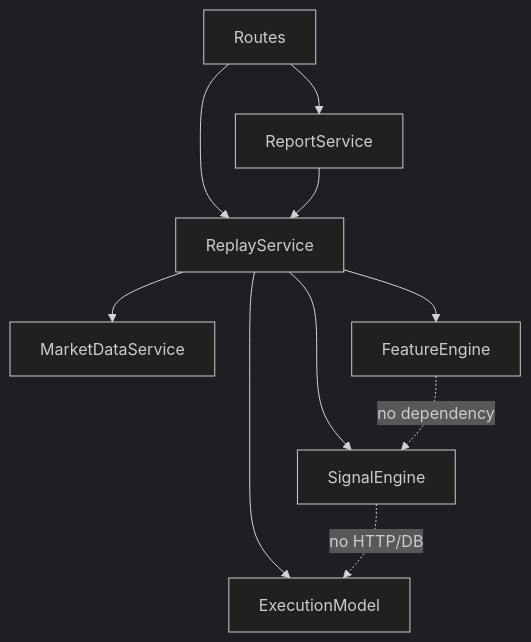
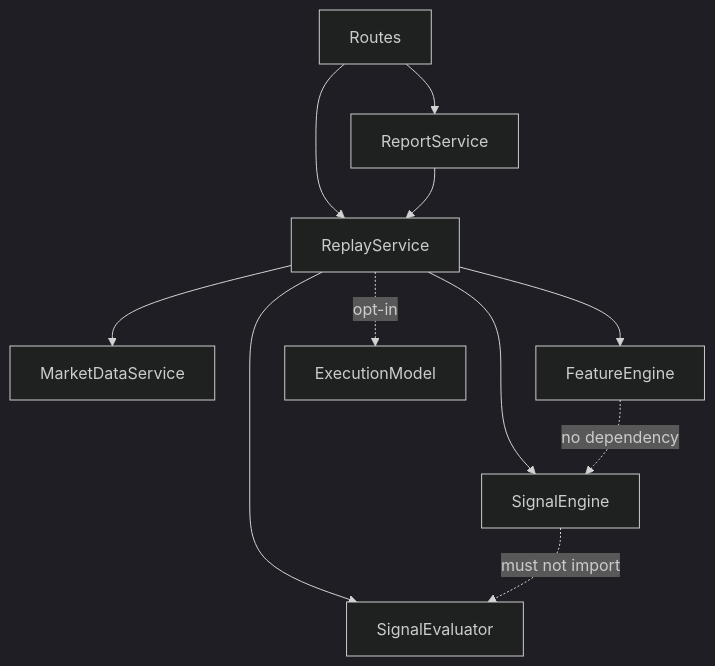
Before and after one commit to grand-thief-cash/chaos: the second of 4 diagrams in app/projects/artemis/docs/2026-07-30_T_TRADING_WORKBENCH_DESIGN/02_ARCHITECTURE_AND_MODULES.md, drawn with Mermaid (dark theme). The commit also changed other lines of this file and 38 other files, not shown here.

````diff
--- a/app/projects/artemis/docs/2026-07-30_T_TRADING_WORKBENCH_DESIGN/02_ARCHITECTURE_AND_MODULES.md
+++ b/app/projects/artemis/docs/2026-07-30_T_TRADING_WORKBENCH_DESIGN/02_ARCHITECTURE_AND_MODULES.md
@@ -88,12 +148,13 @@
 ```mermaid
 flowchart TD
     Routes --> ReplayService
     Routes --> ReportService
     ReportService --> ReplayService
     ReplayService --> MarketDataService
     ReplayService --> FeatureEngine
     ReplayService --> SignalEngine
-    ReplayService --> ExecutionModel
+    ReplayService --> SignalEvaluator
+    ReplayService -. opt-in .-> ExecutionModel
     FeatureEngine -. no dependency .-> SignalEngine
-    SignalEngine -. no HTTP/DB .-> ExecutionModel
+    SignalEngine -. must not import .-> SignalEvaluator
 ```
````
